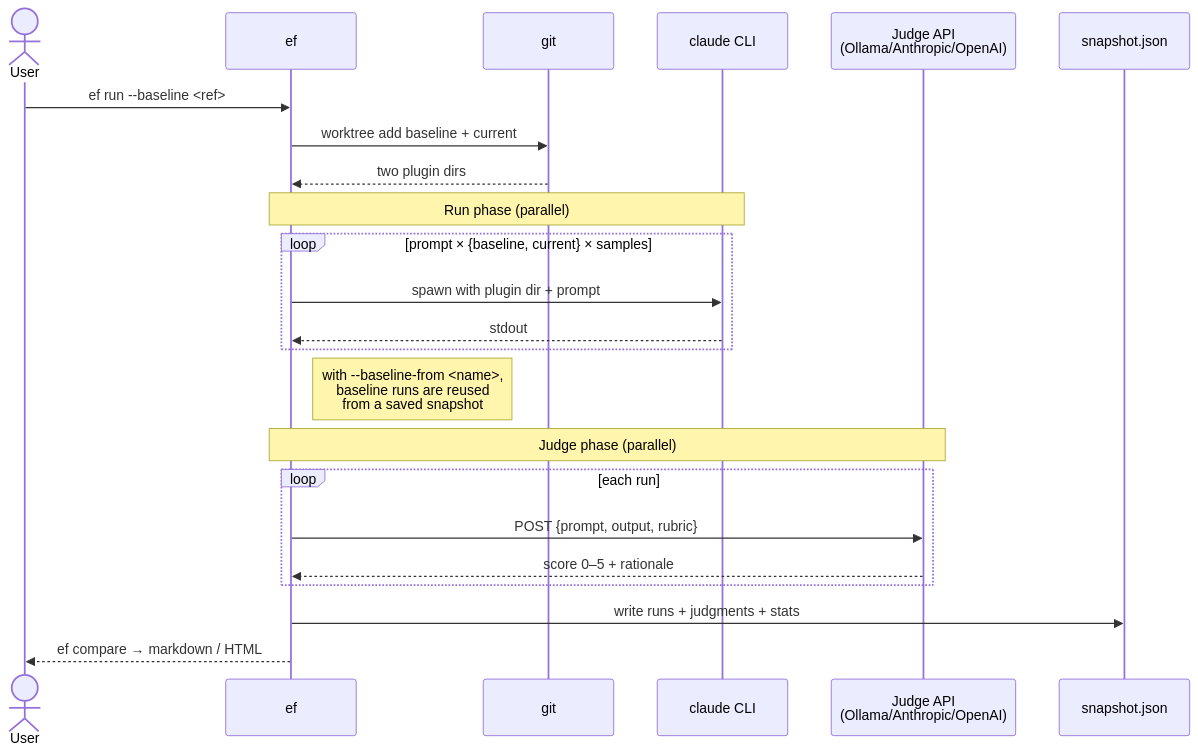
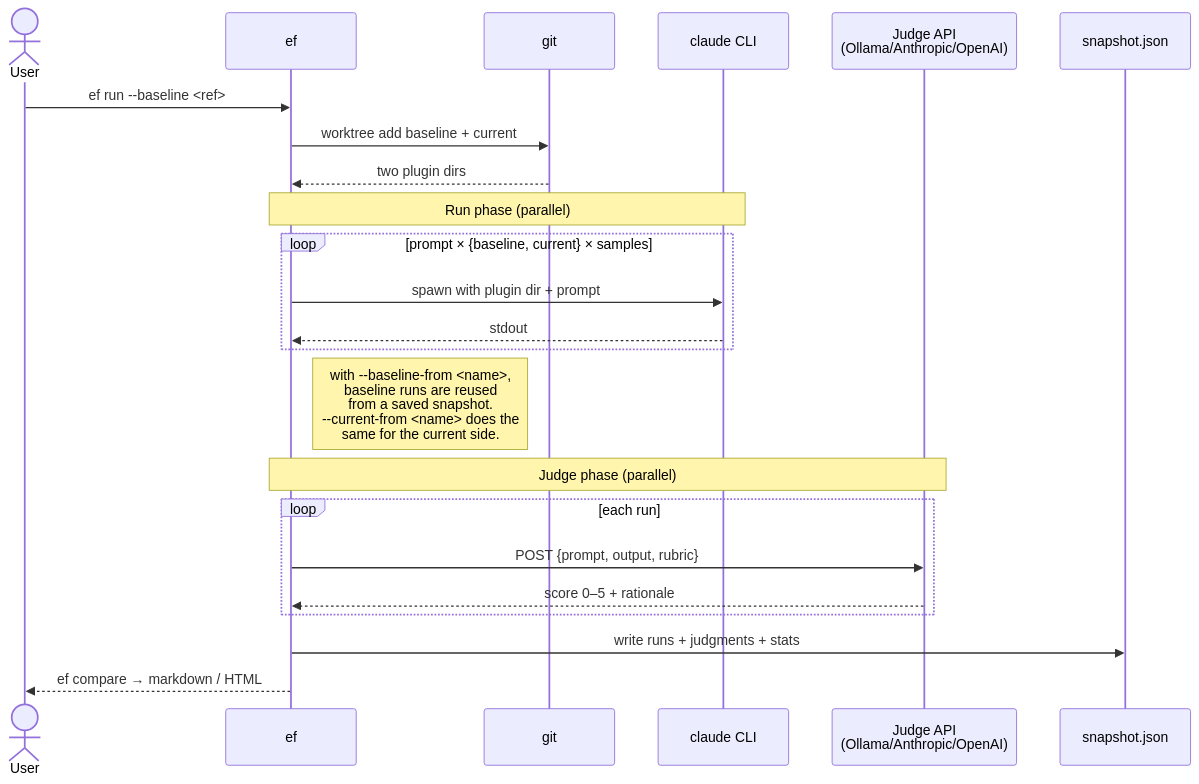
One commit to derberg/eval-bench changed the diagram in README.md. Above: the diagram before and after it, drawn with Mermaid. The commit also changed other lines of this file and 6 other files, not shown here.

````diff
--- a/README.md
+++ b/README.md
@@ -9,29 +9,29 @@
 ```mermaid
 sequenceDiagram
     actor User
     participant ef
     participant git
     participant claude as claude CLI
     participant judge as Judge API<br/>(Ollama/Anthropic/OpenAI)
     participant snap as snapshot.json
 
     User->>ef: ef run --baseline <ref>
     ef->>git: worktree add baseline + current
     git-->>ef: two plugin dirs
 
     Note over ef,claude: Run phase (parallel)
     loop prompt × {baseline, current} × samples
         ef->>claude: spawn with plugin dir + prompt
         claude-->>ef: stdout
     end
-    Note right of ef: with --baseline-from <name>,<br/>baseline runs are reused<br/>from a saved snapshot
+    Note right of ef: with --baseline-from <name>,<br/>baseline runs are reused<br/>from a saved snapshot.<br/>--current-from <name> does the<br/>same for the current side.
 
     Note over ef,judge: Judge phase (parallel)
     loop each run
         ef->>judge: POST {prompt, output, rubric}
         judge-->>ef: score 0–5 + rationale
     end
 
     ef->>snap: write runs + judgments + stats
     ef-->>User: ef compare → markdown / HTML
 ```
````
